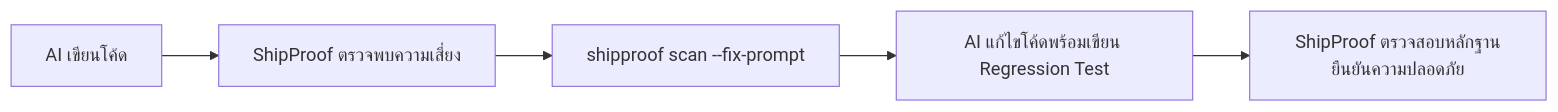
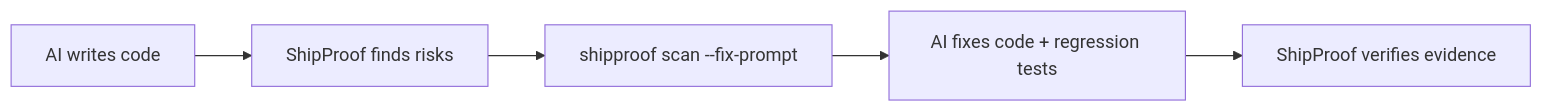
The diagram in README.th.md (kingggg5/shipproof), drawn with Mermaid before and after one commit. The commit also changed other lines of this file and 43 other files, not shown here.

````diff
--- a/README.th.md
+++ b/README.th.md
@@ -126,7 +109,7 @@
 ```mermaid
 flowchart LR
-    A["AI เขียนโค้ด"] --> B["ShipProof ตรวจพบความเสี่ยง"]
+    A["AI writes code"] --> B["ShipProof finds risks"]
     B --> C["shipproof scan --fix-prompt"]
-    C --> D["AI แก้ไขโค้ดพร้อมเขียน Regression Test"]
-    D --> E["ShipProof ตรวจสอบหลักฐานยืนยันความปลอดภัย"]
+    C --> D["AI fixes code + regression tests"]
+    D --> E["ShipProof verifies evidence"]
 ```
````
